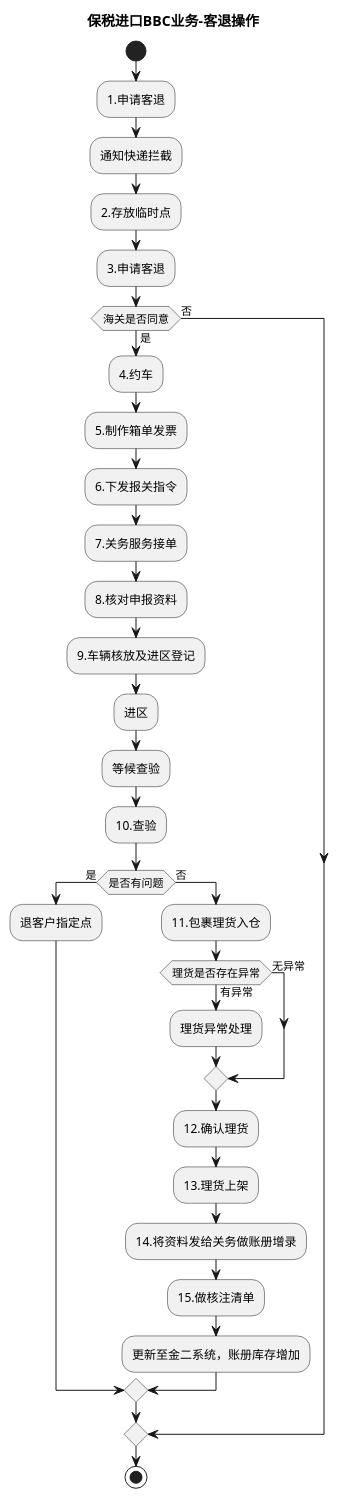
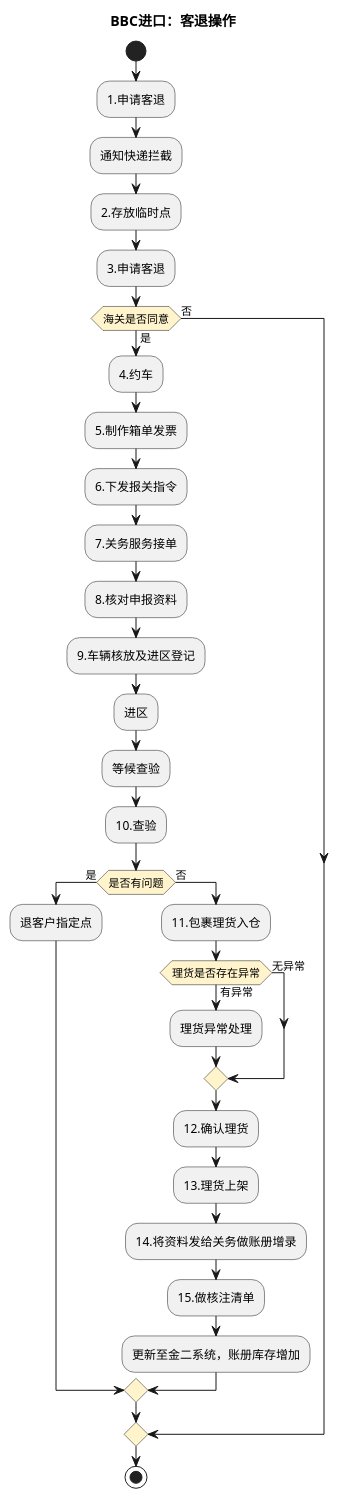
The ninth of 12 diagrams in product-caliber/goldjet/segmented-prd/mainflow/PRD.高捷物流系统一期.主流程.06.跨境电商BBC进口详细流程.md (jack888332/projects-doc), drawn with PlantUML before and after one commit. The commit also changed other lines of this file and 20 other files, not shown here.

Commit message:
优化流程表对应的DLS图

````diff
--- a/product-caliber/goldjet/segmented-prd/mainflow/PRD.高捷物流系统一期.主流程.06.跨境电商BBC进口详细流程.md
+++ b/product-caliber/goldjet/segmented-prd/mainflow/PRD.高捷物流系统一期.主流程.06.跨境电商BBC进口详细流程.md
@@ -323,37 +343,38 @@
 ```plantuml
 @startuml
-title 保税进口BBC业务-客退操作
+skinparam activityDiamondBackgroundColor #FFF4CC
+title BBC进口：客退操作
 start
 :1.申请客退;
 :通知快递拦截;
 :2.存放临时点;
 :3.申请客退;
 if (海关是否同意) then (是)
   :4.约车;
   :5.制作箱单发票;
   :6.下发报关指令;
   :7.关务服务接单;
   :8.核对申报资料;
   :9.车辆核放及进区登记;
   :进区;
   :等候查验;
   :10.查验;
   if (是否有问题) then (是)
     :退客户指定点;
   else (否)
     :11.包裹理货入仓;
     if (理货是否存在异常) then (有异常)
       :理货异常处理;
     else (无异常)
     endif
     :12.确认理货;
     :13.理货上架;
     :14.将资料发给关务做账册增录;
     :15.做核注清单;
     :更新至金二系统，账册库存增加;
   endif
 else (否)
 endif
 stop
 @enduml
 ```
````
